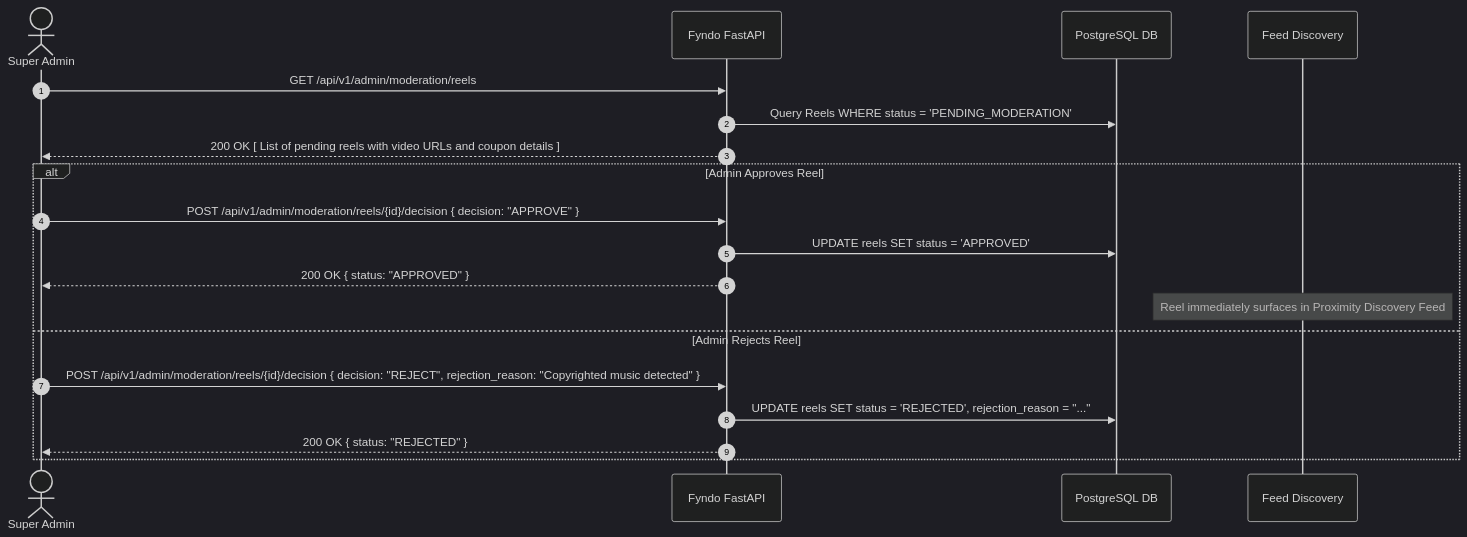
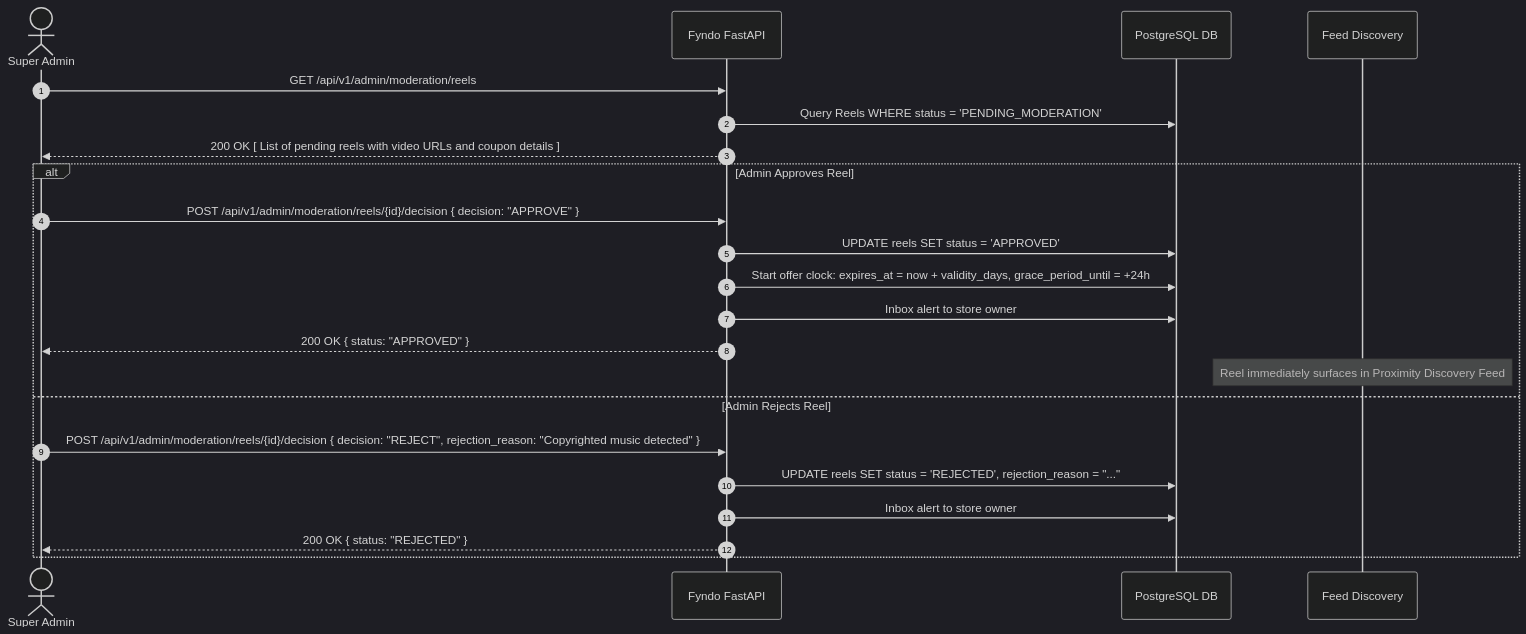
The fourth of 11 diagrams in backend/docs/backend_schema_and_flow_guide.md (sudarshankakde/Fyndo), drawn with Mermaid (dark theme) before and after one commit. The commit also changed other lines of this file and 1 other file, not shown here.

First line of the commit message:
docs: document store engagement and reel lifecycle

````diff
--- a/backend/docs/backend_schema_and_flow_guide.md
+++ b/backend/docs/backend_schema_and_flow_guide.md
@@ -259,23 +350,26 @@
 ```mermaid
 sequenceDiagram
     autonumber
     actor Admin as Super Admin
     participant API as Fyndo FastAPI
     participant DB as PostgreSQL DB
     participant CDN as Feed Discovery
 
     Admin->>API: GET /api/v1/admin/moderation/reels
     API->>DB: Query Reels WHERE status = 'PENDING_MODERATION'
     API-->>Admin: 200 OK [ List of pending reels with video URLs and coupon details ]
 
     alt Admin Approves Reel
         Admin->>API: POST /api/v1/admin/moderation/reels/{id}/decision { decision: "APPROVE" }
         API->>DB: UPDATE reels SET status = 'APPROVED'
+        API->>DB: Start offer clock: expires_at = now + validity_days, grace_period_until = +24h
+        API->>DB: Inbox alert to store owner
         API-->>Admin: 200 OK { status: "APPROVED" }
         Note over CDN: Reel immediately surfaces in Proximity Discovery Feed
     else Admin Rejects Reel
         Admin->>API: POST /api/v1/admin/moderation/reels/{id}/decision { decision: "REJECT", rejection_reason: "Copyrighted music detected" }
         API->>DB: UPDATE reels SET status = 'REJECTED', rejection_reason = "..."
+        API->>DB: Inbox alert to store owner
         API-->>Admin: 200 OK { status: "REJECTED" }
     end
 ```
````
